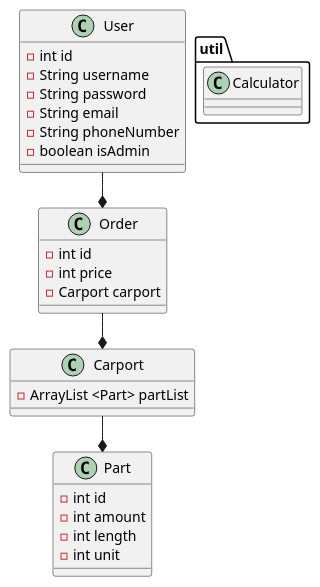
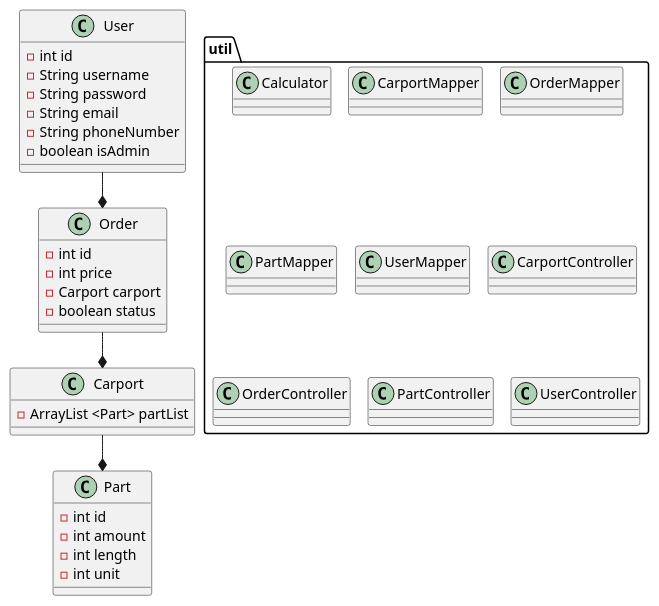
The diagram in doc/classDiagram.puml (AndreasKuke/FogCarportProject), drawn with PlantUML before and after one commit.

Commit message:
Updated class diagram

```diff
--- a/doc/classDiagram.puml
+++ b/doc/classDiagram.puml
@@ -1,40 +1,72 @@
 @startuml
 !pragma layout smetana
+
+User --* Order
+Order --* Carport
+Carport --* Part
 
 Class User {
 - int id
 - String username
 - String password
 - String email
 - String phoneNumber
 - boolean isAdmin
 
 }
 
 Class Order {
 - int id
 - int price
 - Carport carport
+- boolean status
 }
 
 Class Part {
 - int id
 - int amount
 - int length
 - int unit
 }
 
 Class Carport {
 - ArrayList <Part> partList
 }
 
-
-User --* Order
-Order --* Carport
-Carport --* Part
-
 Package util {
 Class Calculator
+
+Class CarportMapper{
+
 }
 
+Class OrderMapper{
+
+}
+
+Class PartMapper{
+
+}
+
+Class UserMapper{
+
+}
+
+Class CarportController{
+
+}
+
+Class OrderController{
+
+}
+
+Class PartController{
+
+}
+
+Class UserController{
+
+}
+
+}
 @enduml
```
